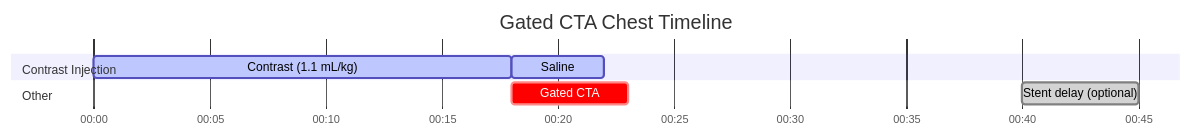
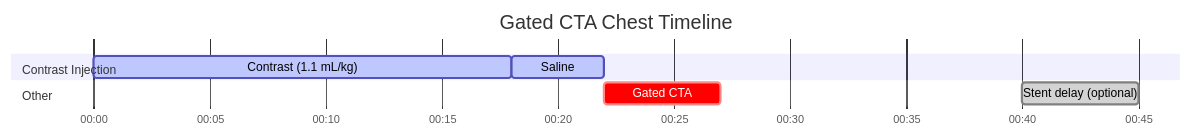
The diagram in docs/ct/cardiac/gated-cta-chest.md (dfergs93/radiology-protocols), drawn with Mermaid before and after one commit. The commit also changed 26 other files, not shown here.

````diff
--- a/docs/ct/cardiac/gated-cta-chest.md
+++ b/docs/ct/cardiac/gated-cta-chest.md
@@ -87,19 +87,19 @@
   ```mermaid
   ---
   displayMode: compact
   config:
     theme: default
     themeCSS: " #Saline{ fill: #4ed5ff; stroke: #2094f3; } "
   ---
     gantt
       title Gated CTA Chest Timeline
       dateFormat mm:ss
       axisFormat %M:%S 
       
       section Contrast Injection
       Contrast (1.1 mL/kg)    :active, contrast, 00:00, 18s
       Saline          :active, saline, after contrast, 4s
       section Other
-      Gated CTA    :crit, scan1, after contrast, 5s
+      Gated CTA    :crit, scan1, after saline, 5s
       Stent delay (optional)    :done, scan2, 00:40, 5s
   ```
````
